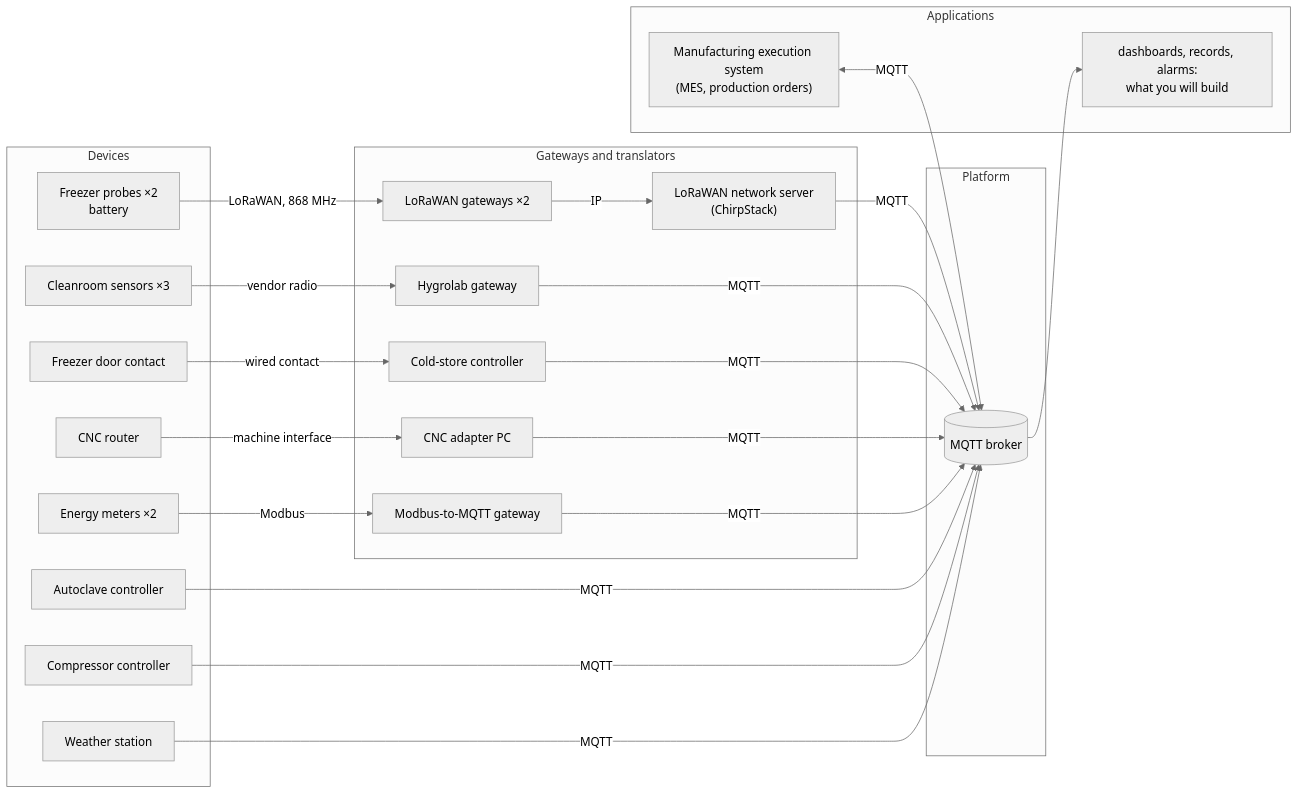
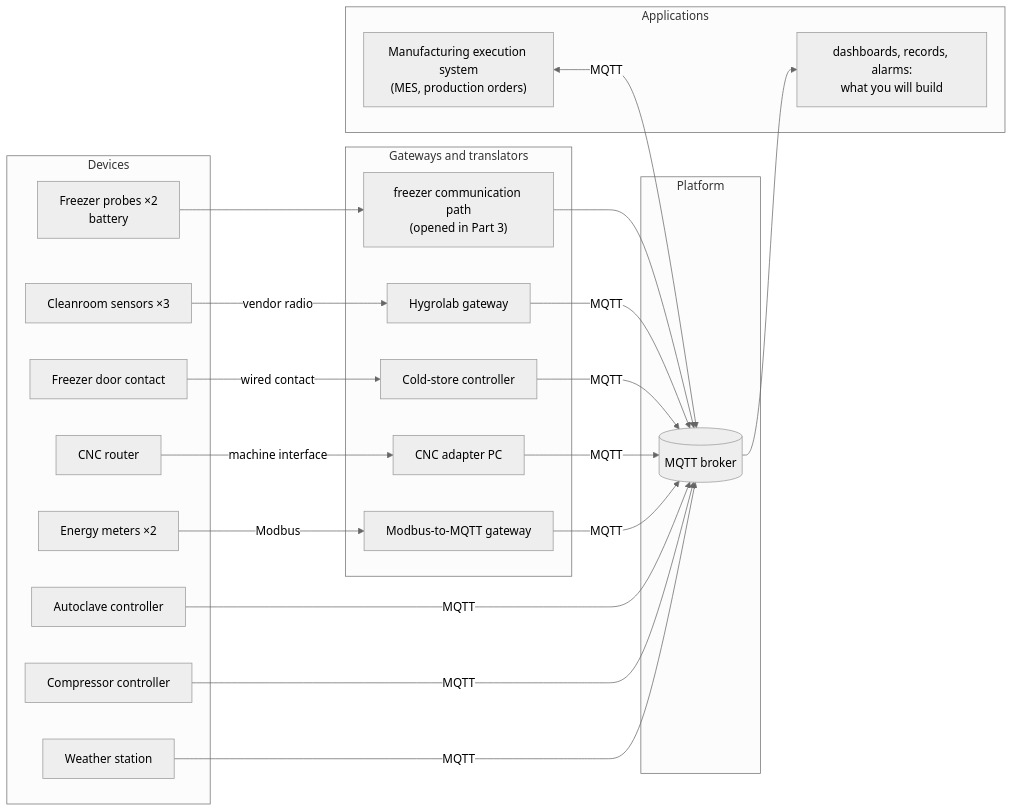
One commit to lmendiboure/IoT-Labs-UPPA changed the third of 5 diagrams in lab1/README.md. Above: the diagram before and after it, drawn with Mermaid (neutral theme). The commit also changed other lines of this file, not shown here.

````diff
--- a/lab1/README.md
+++ b/lab1/README.md
@@ -229,38 +205,37 @@
 ```mermaid
 flowchart LR
     subgraph field["Devices"]
         FRZ["Freezer probes ×2<br/>battery"]
         DOOR["Freezer door contact"]
         CR["Cleanroom sensors ×3"]
         AC["Autoclave controller"]
         CNC["CNC router"]
         EM["Energy meters ×2"]
         CMP["Compressor controller"]
         WS["Weather station"]
     end
     subgraph edge["Gateways and translators"]
-        GW["LoRaWAN gateways ×2"]
-        NS["LoRaWAN network server<br/>(ChirpStack)"]
+        FP["freezer communication path<br/>(opened in Part 3)"]
         HYG["Hygrolab gateway"]
         CSC["Cold-store controller"]
         ADP["CNC adapter PC"]
         MB["Modbus-to-MQTT gateway"]
     end
     subgraph plat["Platform"]
         B[("MQTT broker")]
     end
     subgraph apps["Applications"]
         MES["Manufacturing execution system<br/>(MES, production orders)"]
         YOU["dashboards, records, alarms:<br/>what you will build"]
     end
-    FRZ -- "LoRaWAN, 868 MHz" --> GW -- "IP" --> NS -- MQTT --> B
+    FRZ --> FP --> B
     CR -- "vendor radio" --> HYG -- MQTT --> B
     DOOR -- "wired contact" --> CSC -- MQTT --> B
     CNC -- "machine interface" --> ADP -- MQTT --> B
     EM -- "Modbus" --> MB -- MQTT --> B
     AC -- MQTT --> B
     CMP -- MQTT --> B
     WS -- MQTT --> B
     MES <-- MQTT --> B
     B --> YOU
 ```
````
